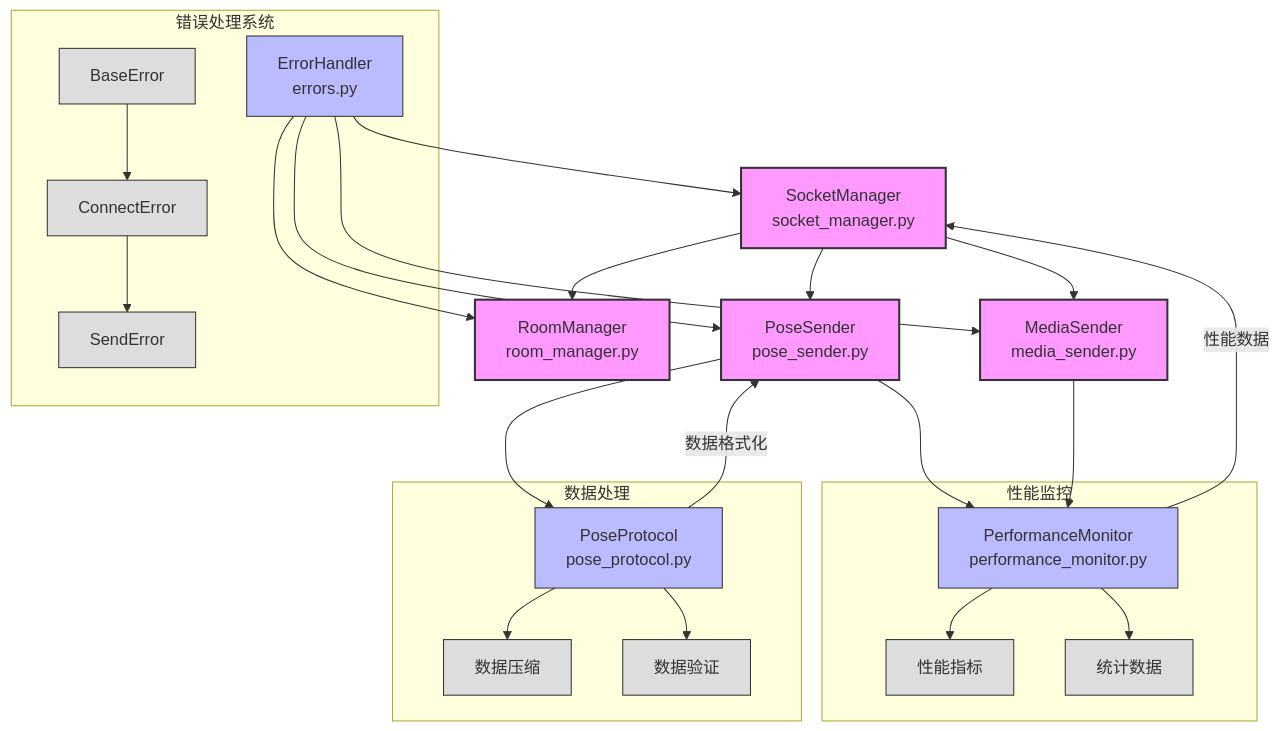
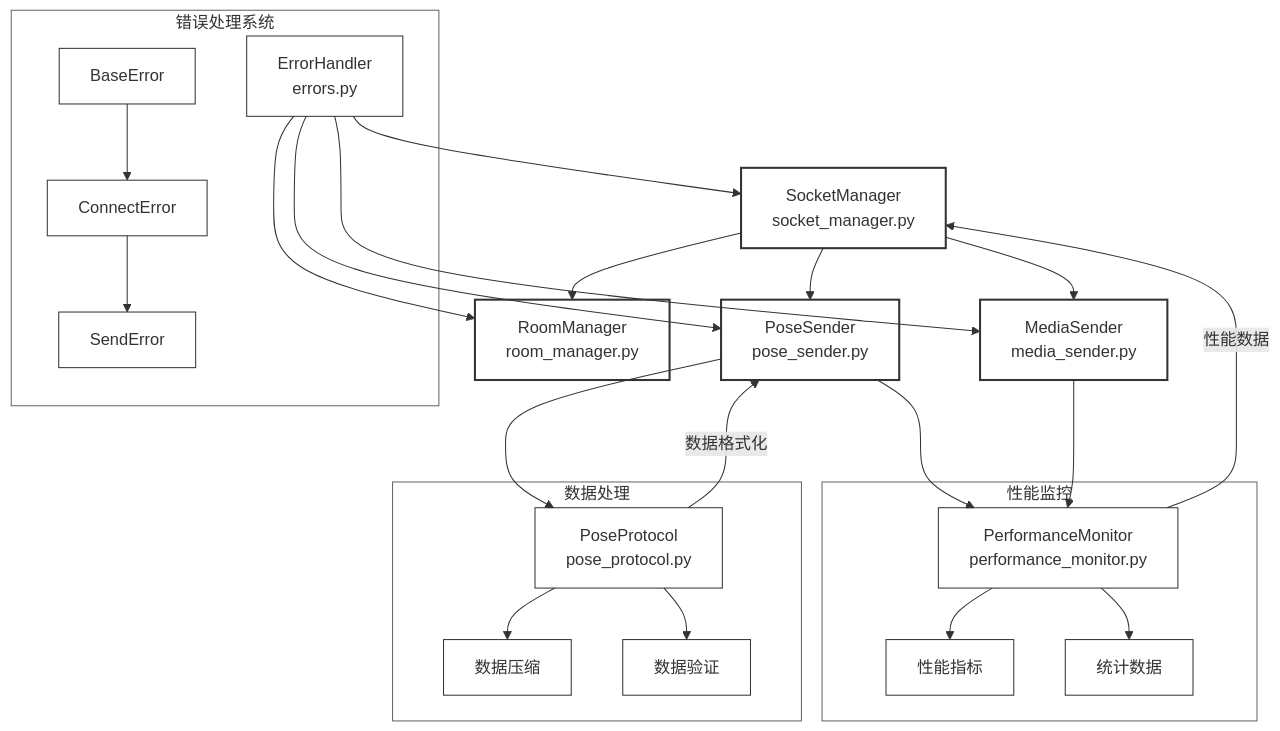
The first of 3 diagrams in connect/connect.md (KiritoFD/meet), drawn with Mermaid before and after one commit. The commit also changed other lines of this file, not shown here.

````diff
--- a/connect/connect.md
+++ b/connect/connect.md
@@ -10,68 +10,74 @@
 ```mermaid
 graph TD
     %% 核心组件
     SocketManager[SocketManager<br/>socket_manager.py]
     RoomManager[RoomManager<br/>room_manager.py]
     PoseSender[PoseSender<br/>pose_sender.py]
     MediaSender[MediaSender<br/>media_sender.py]
     PerfMonitor[PerformanceMonitor<br/>performance_monitor.py]
     PoseProtocol[PoseProtocol<br/>pose_protocol.py]
     ErrorHandler[ErrorHandler<br/>errors.py]
 
     %% 组件依赖关系
     SocketManager --> RoomManager
     SocketManager --> PoseSender
     SocketManager --> MediaSender
     
     PoseSender --> PoseProtocol
     PoseSender --> PerfMonitor
     MediaSender --> PerfMonitor
     
     %% 错误处理
     ErrorHandler --> SocketManager
     ErrorHandler --> PoseSender
     ErrorHandler --> MediaSender
     ErrorHandler --> RoomManager
 
     %% 数据流
     PoseProtocol --> |数据格式化| PoseSender
     PerfMonitor --> |性能数据| SocketManager
 
     %% 子组件
     subgraph 错误处理系统
         ErrorHandler
         BaseError[BaseError]
         ConnectError[ConnectError]
         SendError[SendError]
         
         BaseError --> ConnectError
         ConnectError --> SendError
     end
 
     subgraph 性能监控
         PerfMonitor
         Metrics[性能指标]
         Stats[统计数据]
         
         PerfMonitor --> Metrics
         PerfMonitor --> Stats
     end
 
     subgraph 数据处理
         PoseProtocol
         Compression[数据压缩]
         Validation[数据验证]
         
         PoseProtocol --> Compression
         PoseProtocol --> Validation
     end
 
-    %% 样式
-    classDef core fill:#f9f,stroke:#333,stroke-width:2px
-    classDef module fill:#bbf,stroke:#333,stroke-width:1px
-    classDef subComponent fill:#ddd,stroke:#333,stroke-width:1px
+    %% 样式 - 只保留边框
+    classDef core stroke:#333,stroke-width:2px,fill:none
+    classDef module stroke:#333,stroke-width:1px,fill:none
+    classDef subComponent stroke:#333,stroke-width:1px,fill:none
 
     class SocketManager,RoomManager,PoseSender,MediaSender core
     class PerfMonitor,PoseProtocol,ErrorHandler module
     class BaseError,ConnectError,SendError,Metrics,Stats,Compression,Validation subComponent
+
+    %% 子图样式
+    style 错误处理系统 fill:none,stroke:#666,stroke-width:1px
+    style 性能监控 fill:none,stroke:#666,stroke-width:1px
+    style 数据处理 fill:none,stroke:#666,stroke-width:1px
+
 ```
````
